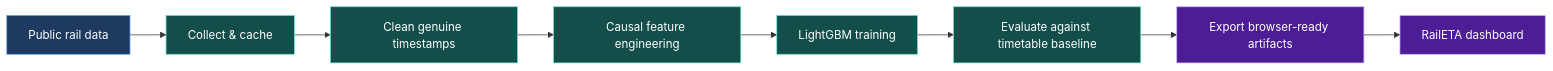
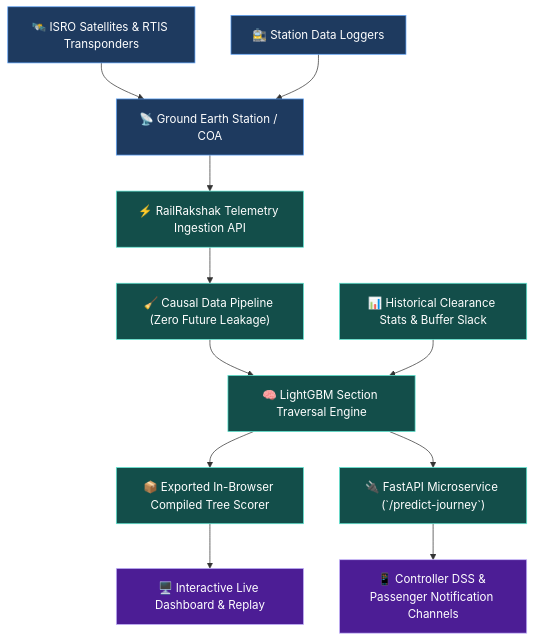
The second of 2 diagrams in README.md (The-Yesh21/SIH2026), drawn with Mermaid before and after one commit. The commit also changed other lines of this file and 47 other files, not shown here.

Commit message:
Rebuild RailRakshak architecture with ISRO RTIS satellite telemetry integration and section-by-section dynamic ETA prediction

````diff
--- a/README.md
+++ b/README.md
@@ -15,17 +62,20 @@
 ```mermaid
-flowchart LR
-    A[Public rail data] --> B[Collect & cache]
-    B --> C[Clean genuine timestamps]
-    C --> D[Causal feature engineering]
-    D --> E[LightGBM training]
-    E --> F[Evaluate against timetable baseline]
-    F --> G[Export browser-ready artifacts]
-    G --> H[RailETA dashboard]
+flowchart TD
+    A["🛰️ ISRO Satellites & RTIS Transponders"] --> B["📡 Ground Earth Station / COA"]
+    C["🚉 Station Data Loggers"] --> B
+    B --> D["⚡ RailRakshak Telemetry Ingestion API"]
+    D --> E["🧹 Causal Data Pipeline (Zero Future Leakage)"]
+    E --> F["🧠 LightGBM Section Traversal Engine"]
+    G["📊 Historical Clearance Stats & Buffer Slack"] --> F
+    F --> H["📦 Exported In-Browser Compiled Tree Scorer"]
+    F --> I["🔌 FastAPI Microservice (`/predict-journey`)"]
+    H --> J["🖥️ Interactive Live Dashboard & Replay"]
+    I --> K["📱 Controller DSS & Passenger Notification Channels"]
 
-    classDef source fill:#1e3a5f,stroke:#60a5fa,color:#fff
-    classDef process fill:#134e4a,stroke:#5eead4,color:#fff
-    classDef output fill:#4c1d95,stroke:#c4b5fd,color:#fff
-    class A source
-    class B,C,D,E,F process
-    class G,H output
+    classDef isro fill:#1e3a5f,stroke:#60a5fa,color:#fff
+    classDef rr fill:#134e4a,stroke:#5eead4,color:#fff
+    classDef out fill:#4c1d95,stroke:#c4b5fd,color:#fff
+    class A,B,C isro
+    class D,E,F,G,H,I rr
+    class J,K out
 ```
````
